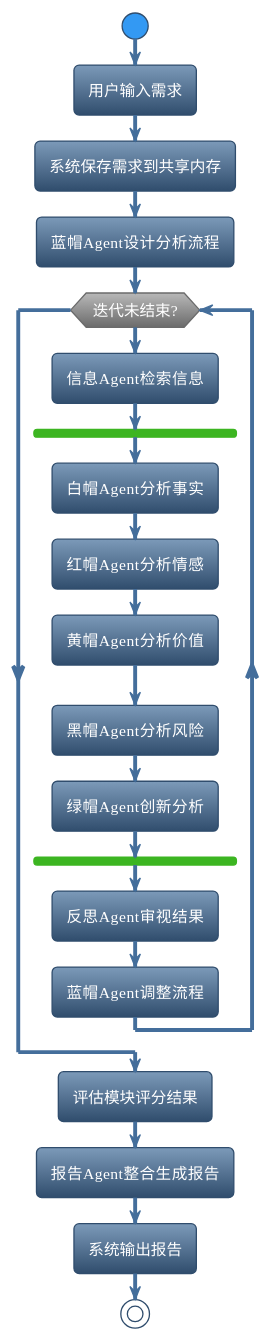
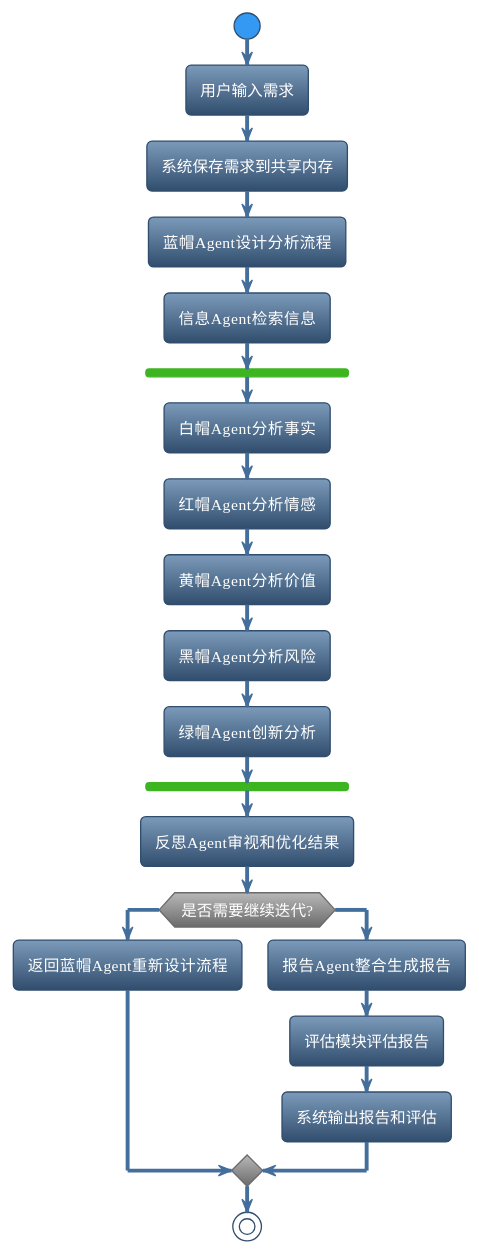
The fourth of 4 diagrams in README.md (flyingcloud-code/sixhat-bot), drawn with PlantUML before and after one commit. The commit also changed other lines of this file and 1 other file, not shown here.

````diff
--- a/README.md
+++ b/README.md
@@ -151,25 +179,26 @@
 ```plantuml
 @startuml
 !theme spacelab
 start
 :用户输入需求;
 :系统保存需求到共享内存;
 :蓝帽Agent设计分析流程;
-while (迭代未结束?)
-  :信息Agent检索信息;
-  fork
-    :白帽Agent分析事实;
-    :红帽Agent分析情感;
-    :黄帽Agent分析价值;
-    :黑帽Agent分析风险;
-    :绿帽Agent创新分析;
-  end fork
-  :反思Agent审视结果;
-  :蓝帽Agent调整流程;
-end while
-:评估模块评分结果;
-:报告Agent整合生成报告;
-:系统输出报告;
+:信息Agent检索信息;
+fork
+  :白帽Agent分析事实;
+  :红帽Agent分析情感;
+  :黄帽Agent分析价值;
+  :黑帽Agent分析风险;
+  :绿帽Agent创新分析;
+end fork
+:反思Agent审视和优化结果;
+if (是否需要继续迭代?) then (是)
+  :返回蓝帽Agent重新设计流程;
+else (否)
+  :报告Agent整合生成报告;
+  :评估模块评估报告;
+  :系统输出报告和评估;
+endif
 stop
 @enduml
 ```
````
